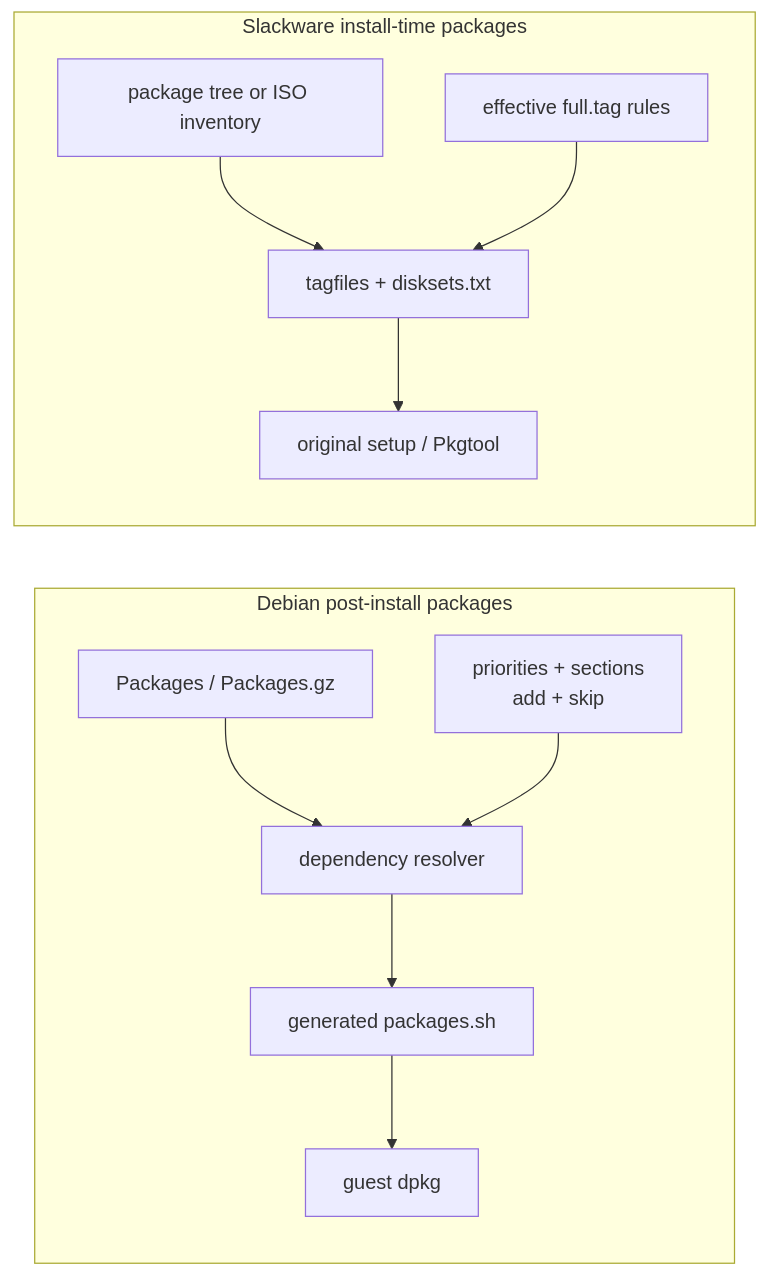
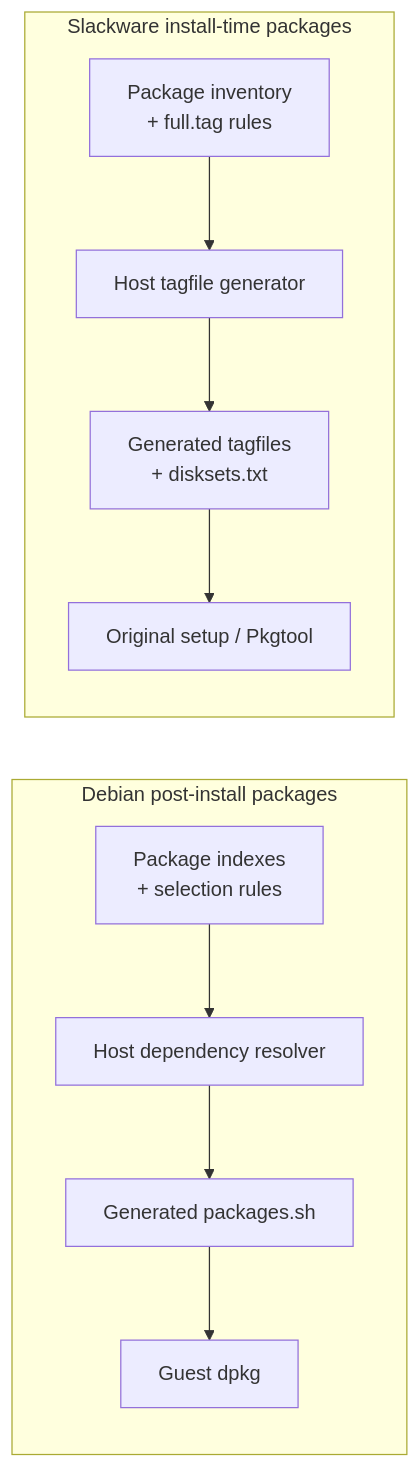
One commit to jblang/retrodist changed the seventh of 7 diagrams in ARCHITECTURE.md. Above: the diagram before and after it, drawn with Mermaid. The commit also changed other lines of this file and 6 other files, not shown here.

````diff
--- a/ARCHITECTURE.md
+++ b/ARCHITECTURE.md
@@ -425,21 +407,18 @@
 ```mermaid
 flowchart LR
     subgraph debian[Debian post-install packages]
-        index["Packages / Packages.gz"]
-        select["priorities + sections<br/>add + skip"]
-        resolve["dependency resolver"]
-        script["generated packages.sh"]
-        dpkg["guest dpkg"]
-        index --> resolve
-        select --> resolve --> script --> dpkg
+        dinput["Package indexes<br/>+ selection rules"]
+        resolve["Host dependency resolver"]
+        script["Generated packages.sh"]
+        dpkg["Guest dpkg"]
+        dinput --> resolve --> script --> dpkg
     end
 
     subgraph slackware[Slackware install-time packages]
-        inventory["package tree or ISO inventory"]
-        rules["effective full.tag rules"]
-        tags["tagfiles + disksets.txt"]
-        setup["original setup / Pkgtool"]
-        inventory --> tags
-        rules --> tags --> setup
+        sinput["Package inventory<br/>+ full.tag rules"]
+        generate["Host tagfile generator"]
+        tags["Generated tagfiles<br/>+ disksets.txt"]
+        setup["Original setup / Pkgtool"]
+        sinput --> generate --> tags --> setup
     end
 ```
````
